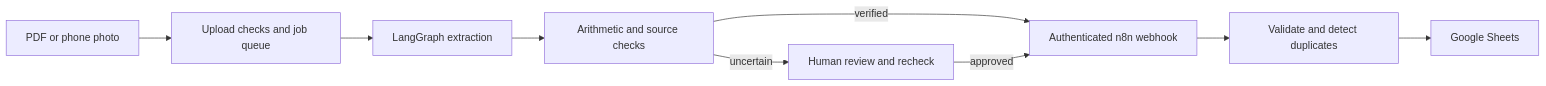
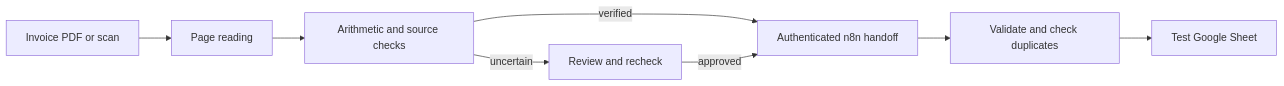
The diagram in README.md (skabo42000/synq-paperwork-robot), drawn with Mermaid before and after one commit. The commit also changed other lines of this file and 1 other file, not shown here.

````diff
--- a/README.md
+++ b/README.md
@@ -18,11 +23,10 @@
 ```mermaid
 flowchart LR
-    A[PDF or phone photo] --> B[Upload checks and job queue]
-    B --> C[LangGraph extraction]
-    C --> D[Arithmetic and source checks]
-    D -->|uncertain| E[Human review and recheck]
-    D -->|verified| F[Authenticated n8n webhook]
-    E -->|approved| F
-    F --> G[Validate and detect duplicates]
-    G --> H[Google Sheets]
+    A[Invoice PDF or scan] --> B[Page reading]
+    B --> C[Arithmetic and source checks]
+    C -->|uncertain| D[Review and recheck]
+    C -->|verified| E[Authenticated n8n handoff]
+    D -->|approved| E
+    E --> F[Validate and check duplicates]
+    F --> G[Test Google Sheet]
 ```
````
